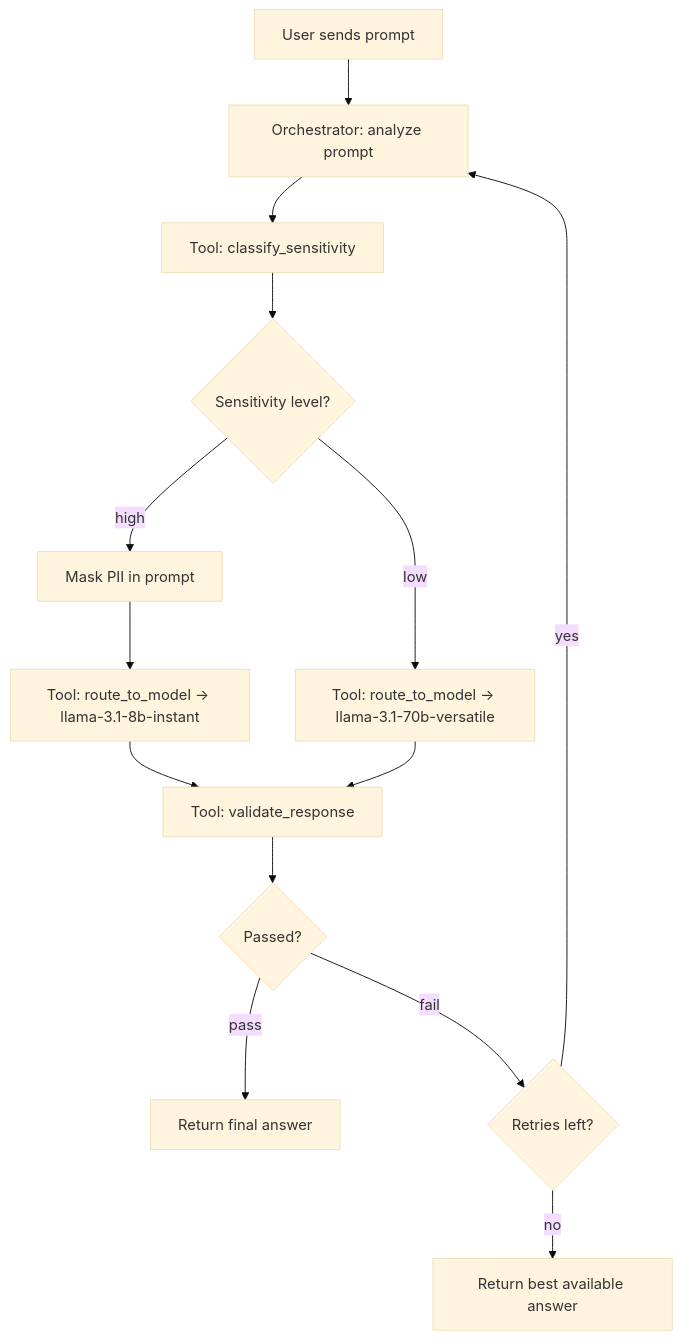
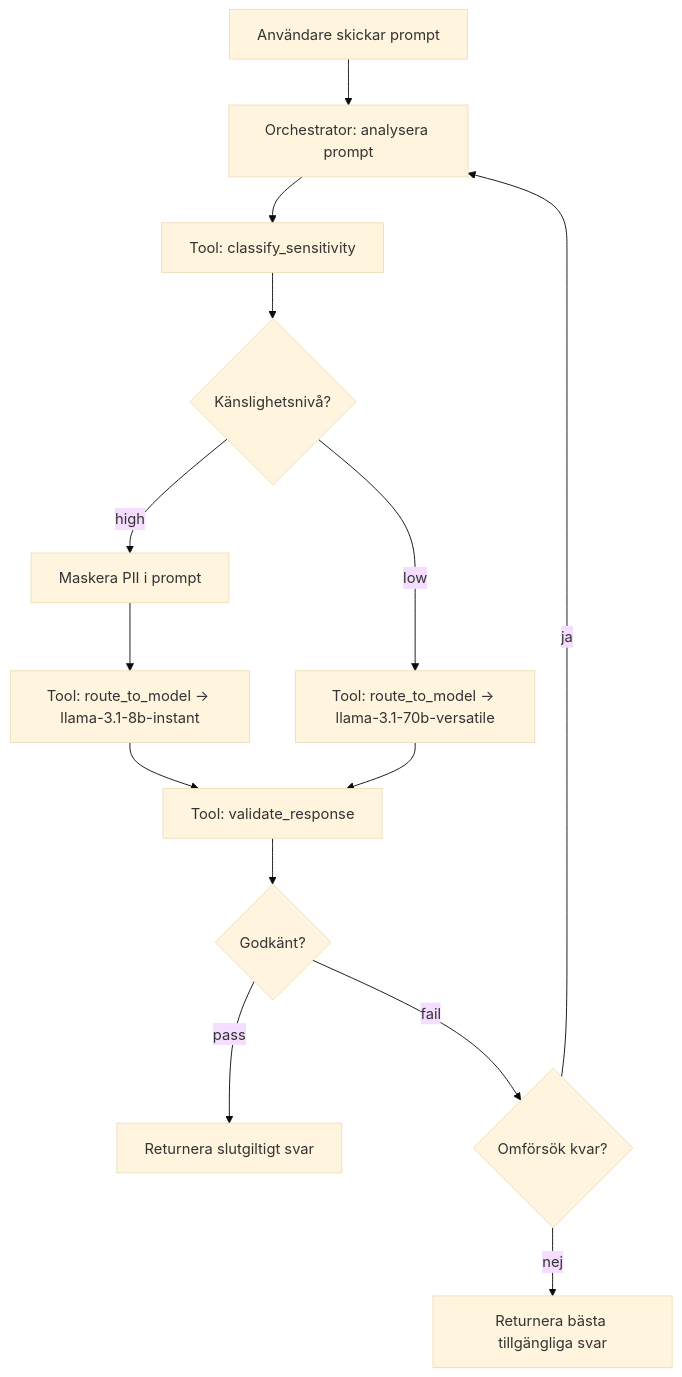
Before and after one commit to Abdriano95/c1tai1-lab2-prompt-router: the diagram in README.md, drawn with Mermaid (base theme). The commit also changed other lines of this file, not shown here.

````diff
--- a/README.md
+++ b/README.md
@@ -75,16 +75,16 @@
 ```mermaid
 flowchart TD
-    START[User sends prompt] --> PLAN[Orchestrator: analyze prompt]
+    START[Användare skickar prompt] --> PLAN[Orchestrator: analysera prompt]
     PLAN --> CLASSIFY[Tool: classify_sensitivity]
-    CLASSIFY --> DECIDE{Sensitivity level?}
-    DECIDE -- high --> MASK[Mask PII in prompt]
+    CLASSIFY --> DECIDE{Känslighetsnivå?}
+    DECIDE -- high --> MASK[Maskera PII i prompt]
     DECIDE -- low --> CLOUD[Tool: route_to_model → llama-3.1-70b-versatile]
     MASK --> SECURE[Tool: route_to_model → llama-3.1-8b-instant]
     SECURE --> VALIDATE[Tool: validate_response]
     CLOUD --> VALIDATE
-    VALIDATE --> CHECK{Passed?}
-    CHECK -- pass --> DONE[Return final answer]
-    CHECK -- fail --> RETRY{Retries left?}
-    RETRY -- yes --> PLAN
-    RETRY -- no --> FALLBACK[Return best available answer]
+    VALIDATE --> CHECK{Godkänt?}
+    CHECK -- pass --> DONE[Returnera slutgiltigt svar]
+    CHECK -- fail --> RETRY{Omförsök kvar?}
+    RETRY -- ja --> PLAN
+    RETRY -- nej --> FALLBACK[Returnera bästa tillgängliga svar]
 ```
````
